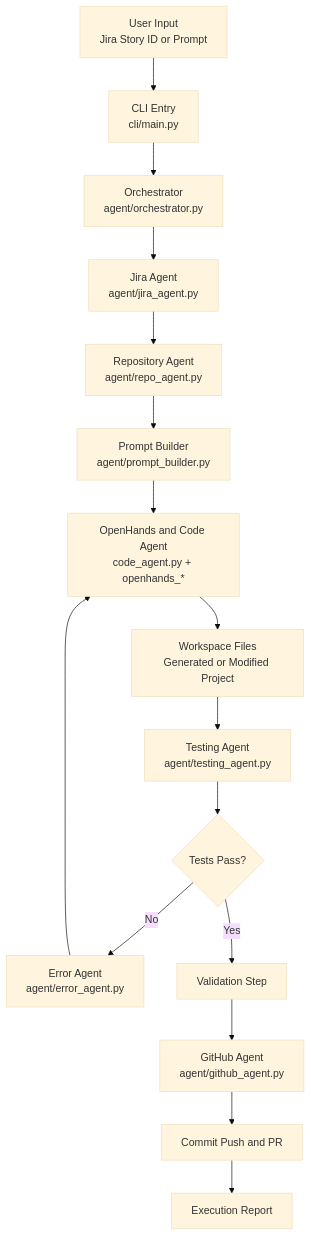
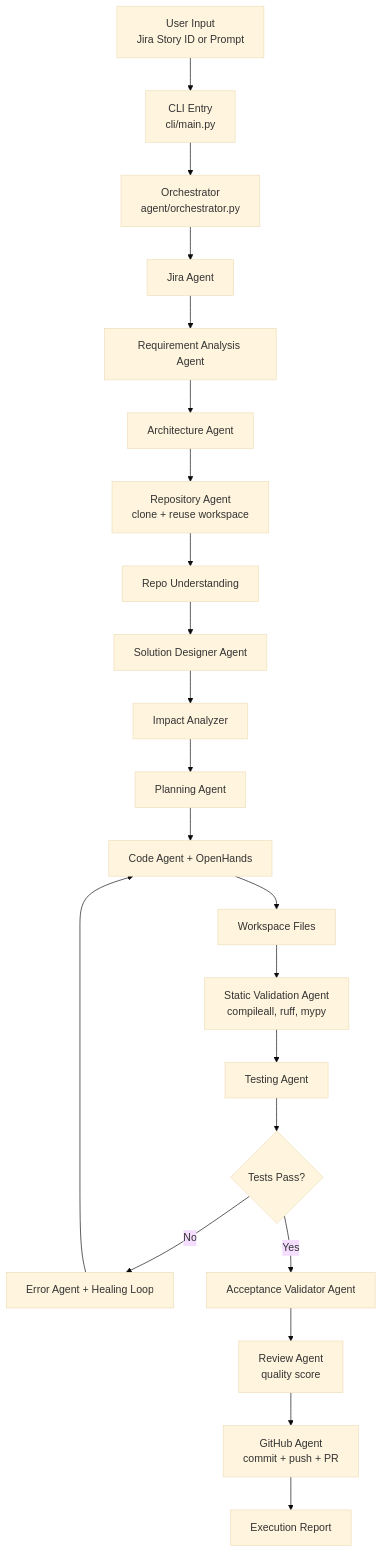
The diagram in AUTONOMOUS_DEV_AGENT_REPORT.md (Satwiksairaj/Demo_openHands), drawn with Mermaid (base theme) before and after one commit. The commit also changed other lines of this file and 19 other files, not shown here.

````diff
--- a/AUTONOMOUS_DEV_AGENT_REPORT.md
+++ b/AUTONOMOUS_DEV_AGENT_REPORT.md
@@ -37,18 +56,24 @@
 ```mermaid
 flowchart TD
    A[User Input<br/>Jira Story ID or Prompt] --> B[CLI Entry<br/>cli/main.py]
    B --> C[Orchestrator<br/>agent/orchestrator.py]
-   C --> D[Jira Agent<br/>agent/jira_agent.py]
-   D --> E[Repository Agent<br/>agent/repo_agent.py]
-   E --> F[Prompt Builder<br/>agent/prompt_builder.py]
-   F --> G[OpenHands and Code Agent<br/>code_agent.py + openhands_*]
-   G --> H[Workspace Files<br/>Generated or Modified Project]
-   H --> I[Testing Agent<br/>agent/testing_agent.py]
+   C --> D[Jira Agent]
+   D --> D2[Requirement Analysis Agent]
+   D2 --> D3[Architecture Agent]
+   D3 --> E[Repository Agent<br/>clone + reuse workspace]
+   E --> E2[Repo Understanding]
+   E2 --> F[Solution Designer Agent]
+   F --> F2[Impact Analyzer]
+   F2 --> F3[Planning Agent]
+   F3 --> G[Code Agent + OpenHands]
+   G --> H[Workspace Files]
+   H --> SV[Static Validation Agent<br/>compileall, ruff, mypy]
+   SV --> I[Testing Agent]
    I --> J{Tests Pass?}
-   J -- No --> K[Error Agent<br/>agent/error_agent.py]
+   J -- No --> K[Error Agent + Healing Loop]
    K --> G
-   J -- Yes --> L[Validation Step]
-   L --> M[GitHub Agent<br/>agent/github_agent.py]
-   M --> N[Commit Push and PR]
-   N --> O[Execution Report]
+   J -- Yes --> AV[Acceptance Validator Agent]
+   AV --> RV[Review Agent<br/>quality score]
+   RV --> M[GitHub Agent<br/>commit + push + PR]
+   M --> O[Execution Report]
 ```
````
